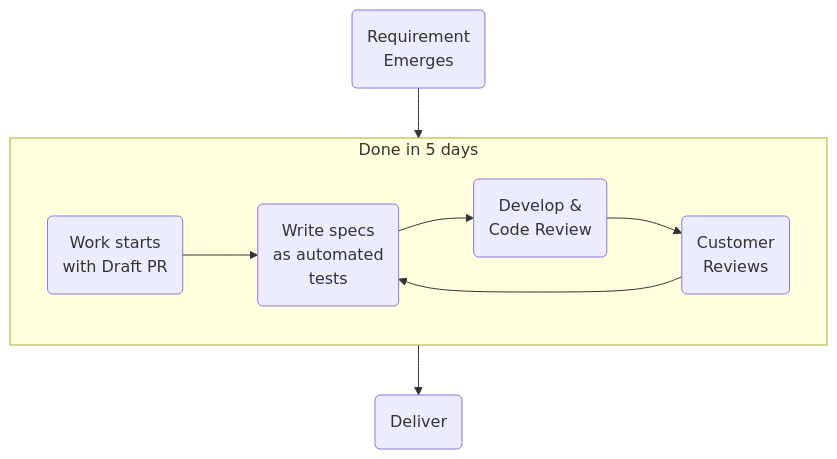
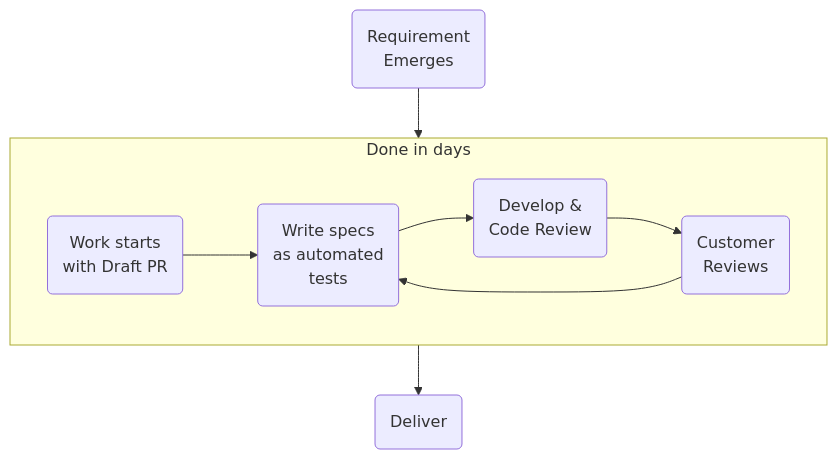
The diagram in how-we-work.md (mouseless/mouseless.org), drawn with Mermaid before and after one commit. The commit also changed other lines of this file and 8 other files, not shown here.

````diff
--- a/how-we-work.md
+++ b/how-we-work.md
@@ -25,21 +25,21 @@
 ```mermaid
 flowchart TB
     R(Requirement<br>Emerges)
 
-    subgraph LC[Done in 5 days]
+    subgraph LC[Done in days]
         W(Work starts<br>with Draft PR)
         S(Write specs<br>as automated<br>tests)
         DR(Develop &<br>Code Review)
         C(Customer<br>Reviews)
 
         W --> S
         S --> DR
         DR --> C
         C --> S
     end
 
     D(Deliver)
 
     R --> LC
     LC --> D
 ```
````
